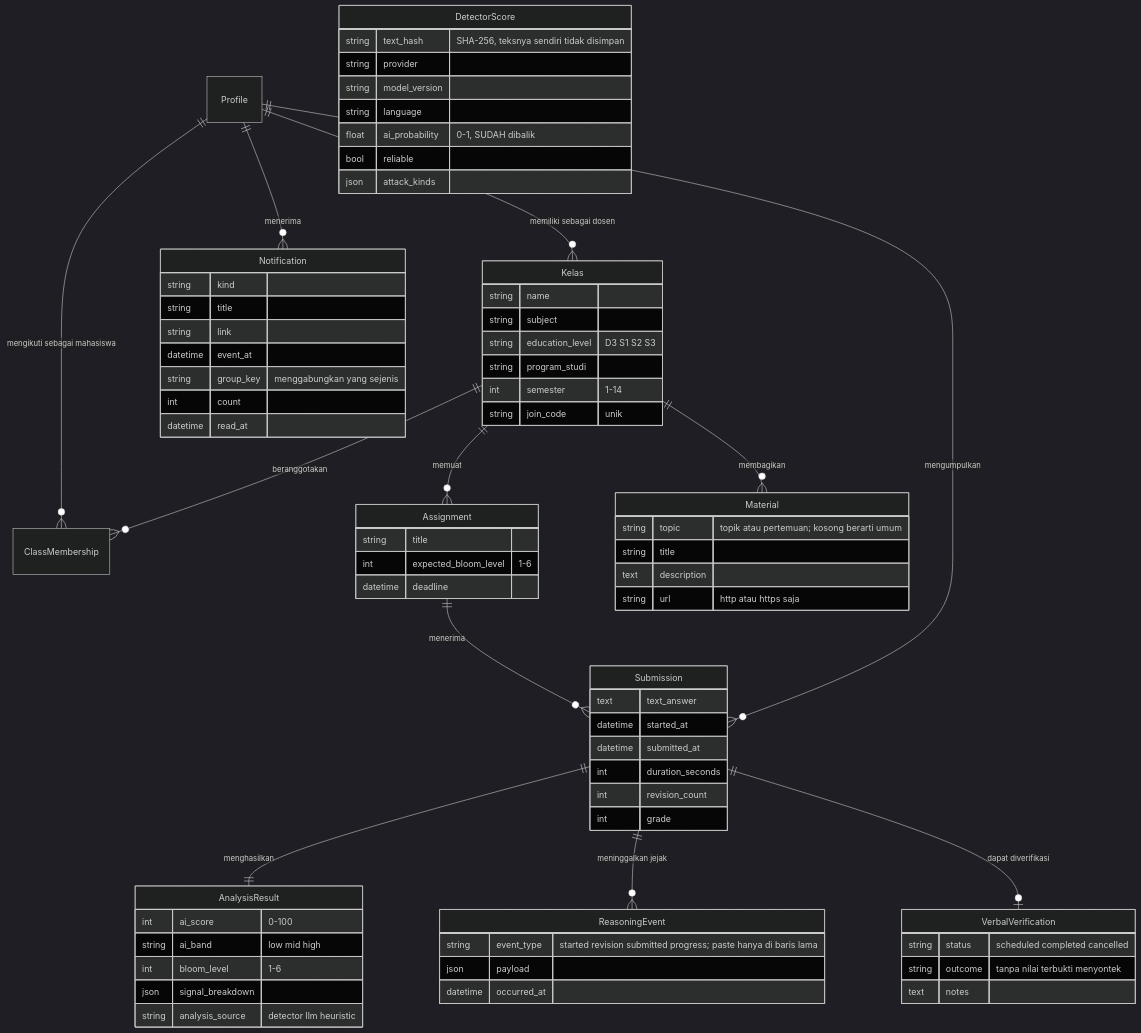
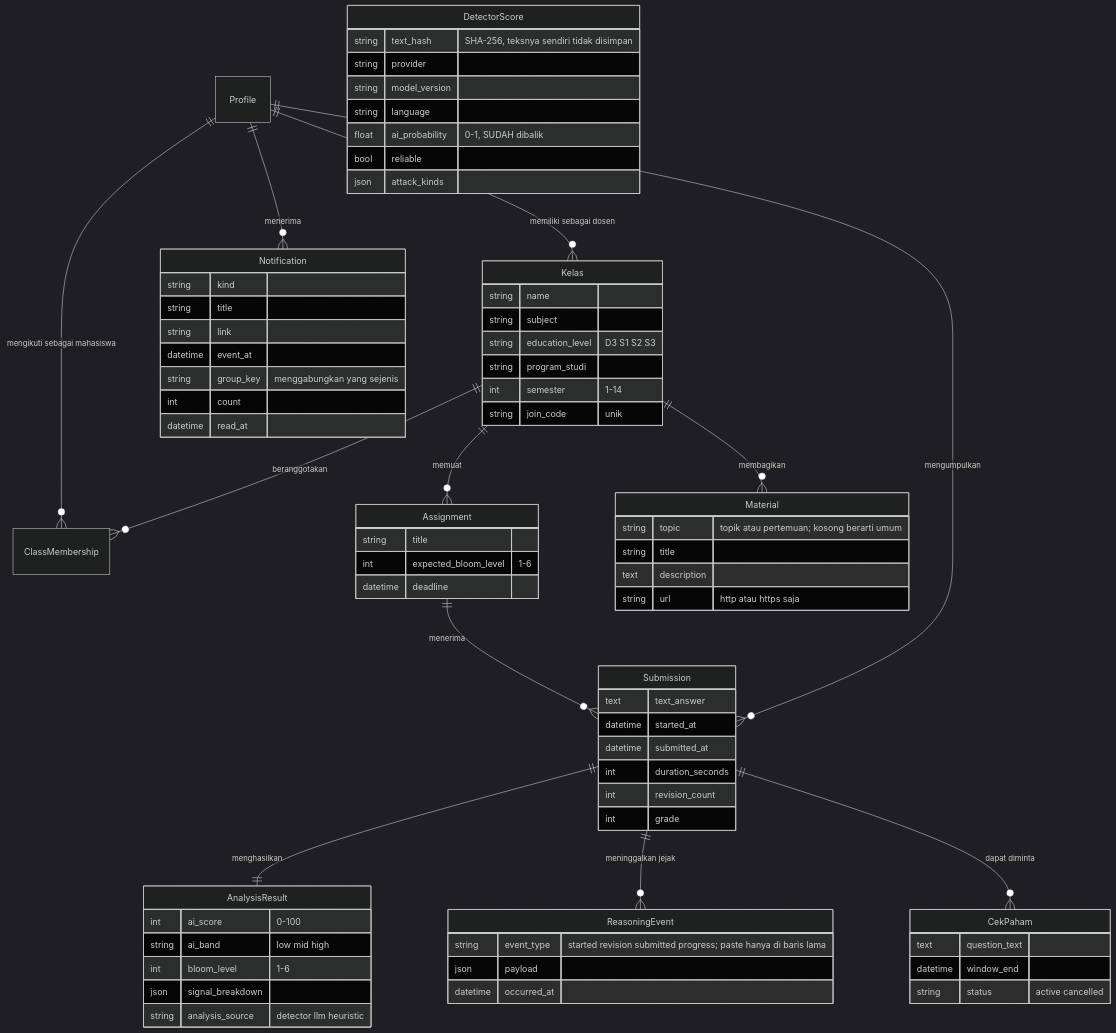
Before and after one commit to FadhRach/ThinkPath: the fifth of 5 diagrams in diagram/04-interaksi-gabungan.md, drawn with Mermaid (dark theme). The commit also changed other lines of this file and 23 other files, not shown here.

First line of the commit message:
docs: Cek Paham di README dan diagram, protokol evaluasi di ai_experiment

````diff
--- a/diagram/04-interaksi-gabungan.md
+++ b/diagram/04-interaksi-gabungan.md
@@ -179,77 +179,77 @@
 ```mermaid
 erDiagram
     Profile ||--o{ Kelas : "memiliki sebagai dosen"
     Profile ||--o{ ClassMembership : "mengikuti sebagai mahasiswa"
     Kelas ||--o{ ClassMembership : "beranggotakan"
     Kelas ||--o{ Assignment : "memuat"
     Assignment ||--o{ Submission : "menerima"
     Profile ||--o{ Submission : "mengumpulkan"
     Submission ||--|| AnalysisResult : "menghasilkan"
     Submission ||--o{ ReasoningEvent : "meninggalkan jejak"
-    Submission ||--o| VerbalVerification : "dapat diverifikasi"
+    Submission ||--o{ CekPaham : "dapat diminta"
     Kelas ||--o{ Material : "membagikan"
     Profile ||--o{ Notification : "menerima"
 
     Kelas {
         string name
         string subject
         string education_level "D3 S1 S2 S3"
         string program_studi
         int semester "1-14"
         string join_code "unik"
     }
     Assignment {
         string title
         int expected_bloom_level "1-6"
         datetime deadline
     }
     Submission {
         text text_answer
         datetime started_at
         datetime submitted_at
         int duration_seconds
         int revision_count
         int grade
     }
     AnalysisResult {
         int ai_score "0-100"
         string ai_band "low mid high"
         int bloom_level "1-6"
         json signal_breakdown
         string analysis_source "detector llm heuristic"
     }
     DetectorScore {
         string text_hash "SHA-256, teksnya sendiri tidak disimpan"
         string provider
         string model_version
         string language
         float ai_probability "0-1, SUDAH dibalik"
         bool reliable
         json attack_kinds
     }
     ReasoningEvent {
         string event_type "started revision submitted progress; paste hanya di baris lama"
         json payload
         datetime occurred_at
     }
-    VerbalVerification {
-        string status "scheduled completed cancelled"
-        string outcome "tanpa nilai terbukti menyontek"
-        text notes
+    CekPaham {
+        text question_text
+        datetime window_end
+        string status "active cancelled"
     }
     Material {
         string topic "topik atau pertemuan; kosong berarti umum"
         string title
         text description
         string url "http atau https saja"
     }
     Notification {
         string kind
         string title
         string link
         datetime event_at
         string group_key "menggabungkan yang sejenis"
         int count
         datetime read_at
     }
 ```
````
